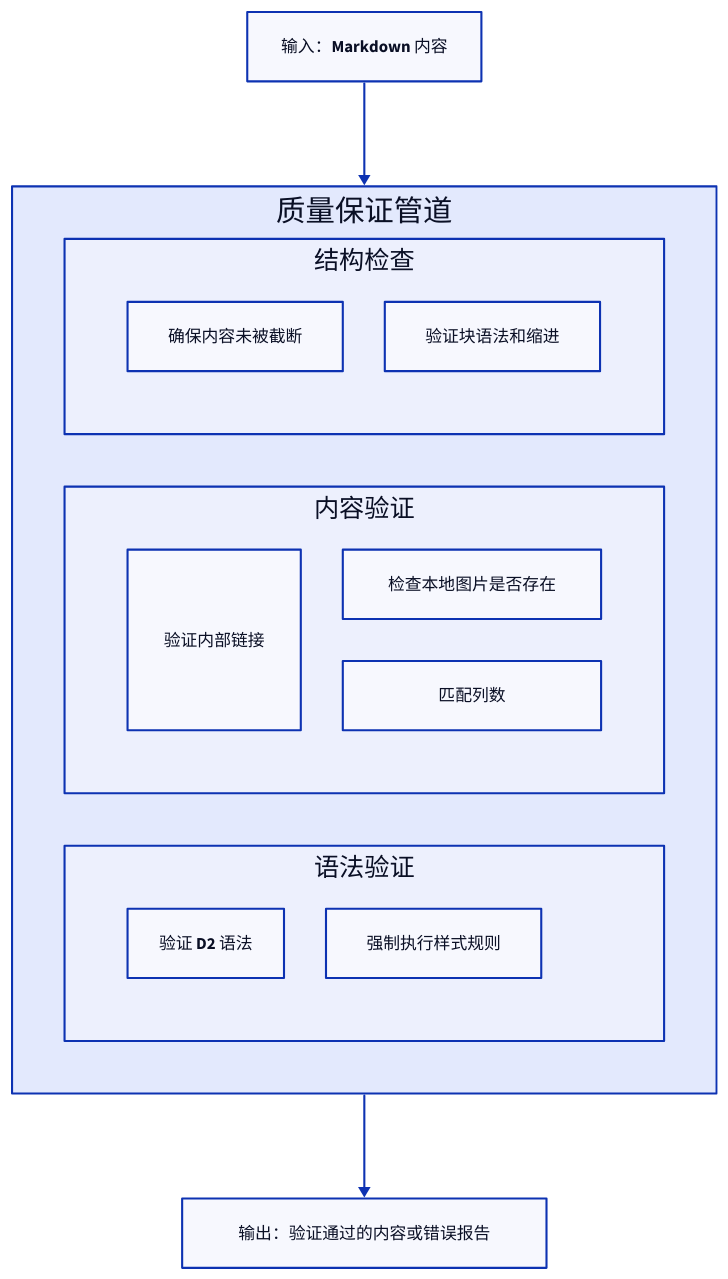
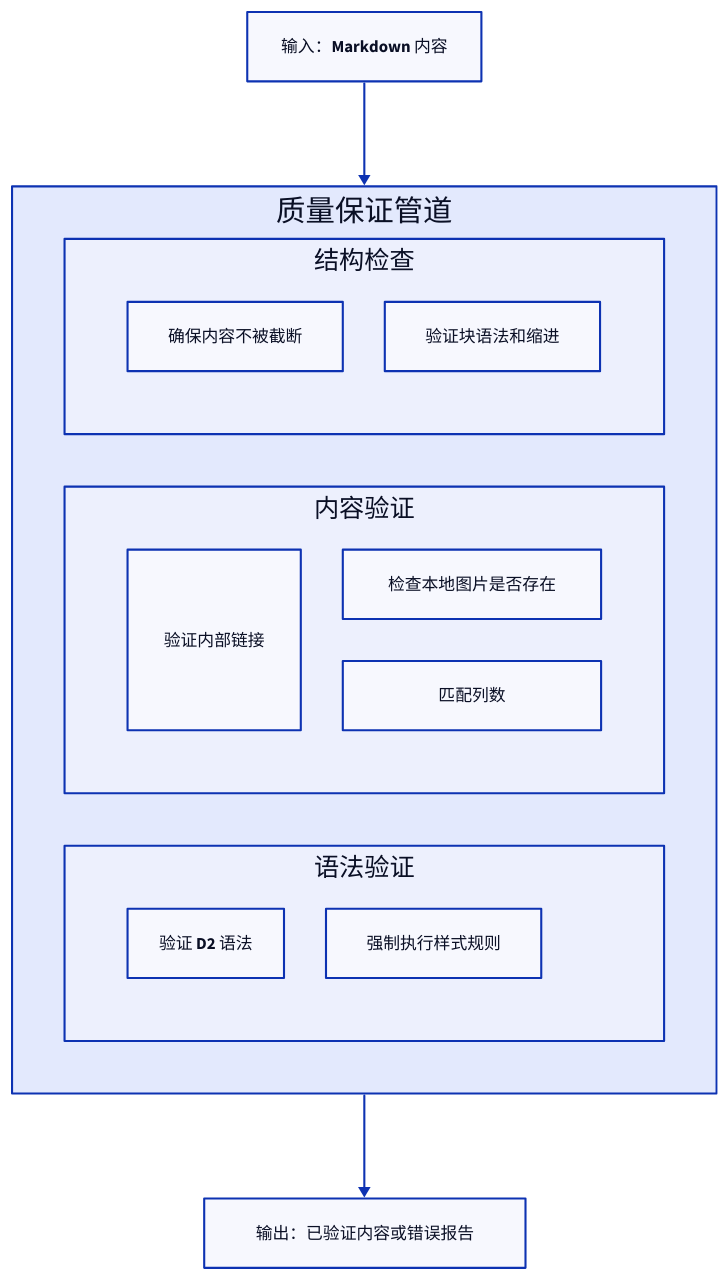
One commit to AIGNE-io/aigne-doc-smith changed the diagram in docs/advanced-quality-assurance.zh.md. Above: the diagram before and after it, drawn with D2. The commit also changed other lines of this file and 52 other files, not shown here.

````diff
--- a/docs/advanced-quality-assurance.zh.md
+++ b/docs/advanced-quality-assurance.zh.md
@@ -7,48 +7,48 @@
 ```d2
 direction: down
 
 Input-Markdown-Content: {
   label: "输入：Markdown 内容"
   shape: rectangle
 }
 
 QA-Pipeline: {
   label: "质量保证管道"
   shape: rectangle
   grid-columns: 1
   grid-gap: 50
 
   Structural-Checks: {
     label: "结构检查"
     shape: rectangle
     grid-columns: 2
-    Completeness: "确保内容未被截断"
+    Completeness: "确保内容不被截断"
     Code-Blocks: "验证块语法和缩进"
   }
 
   Content-Validation: {
     label: "内容验证"
     shape: rectangle
     grid-columns: 2
     Link-Integrity: "验证内部链接"
     Image-Paths: "检查本地图片是否存在"
     Table-Formatting: "匹配列数"
   }
 
   Syntax-Validation: {
     label: "语法验证"
     shape: rectangle
     grid-columns: 2
     D2-Diagrams: "验证 D2 语法"
     Markdown-Linting: "强制执行样式规则"
   }
 }
 
 Output-Validated-Content-or-Error-Report: {
-  label: "输出：验证通过的内容或错误报告"
+  label: "输出：已验证内容或错误报告"
   shape: rectangle
 }
 
 Input-Markdown-Content -> QA-Pipeline
 QA-Pipeline -> Output-Validated-Content-or-Error-Report
 ```
````
